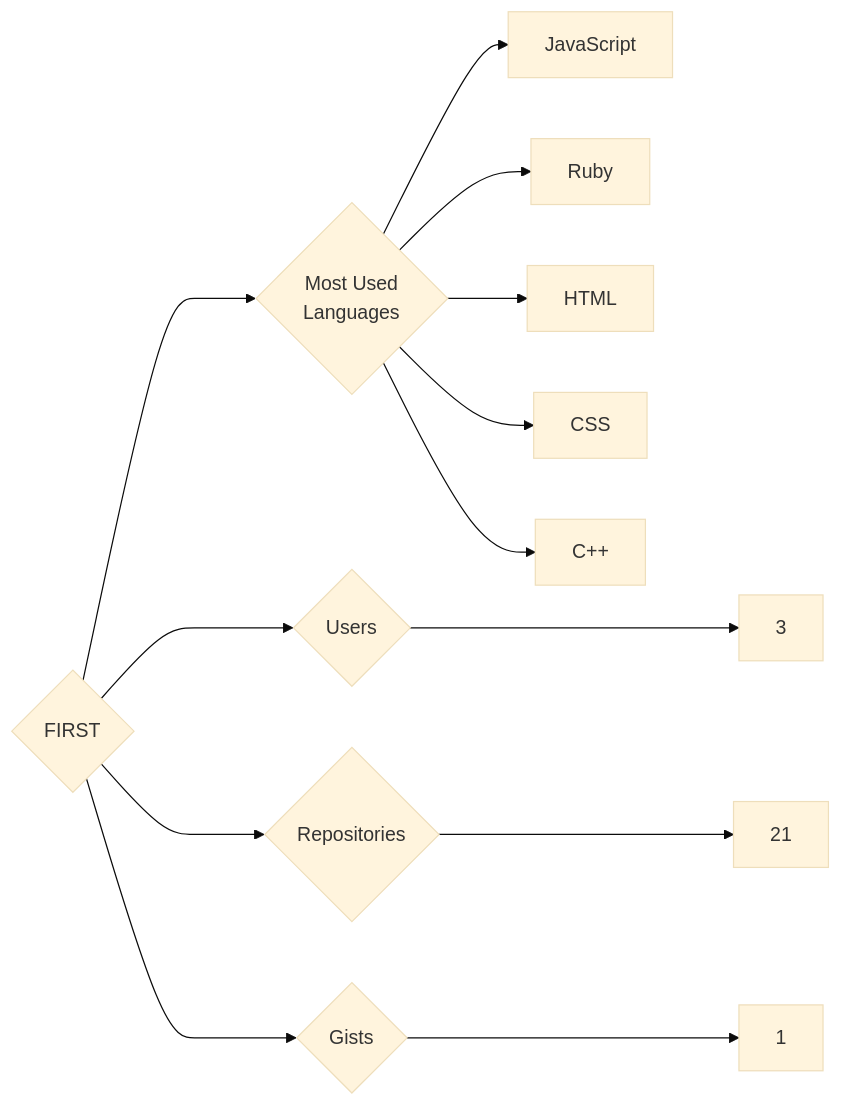
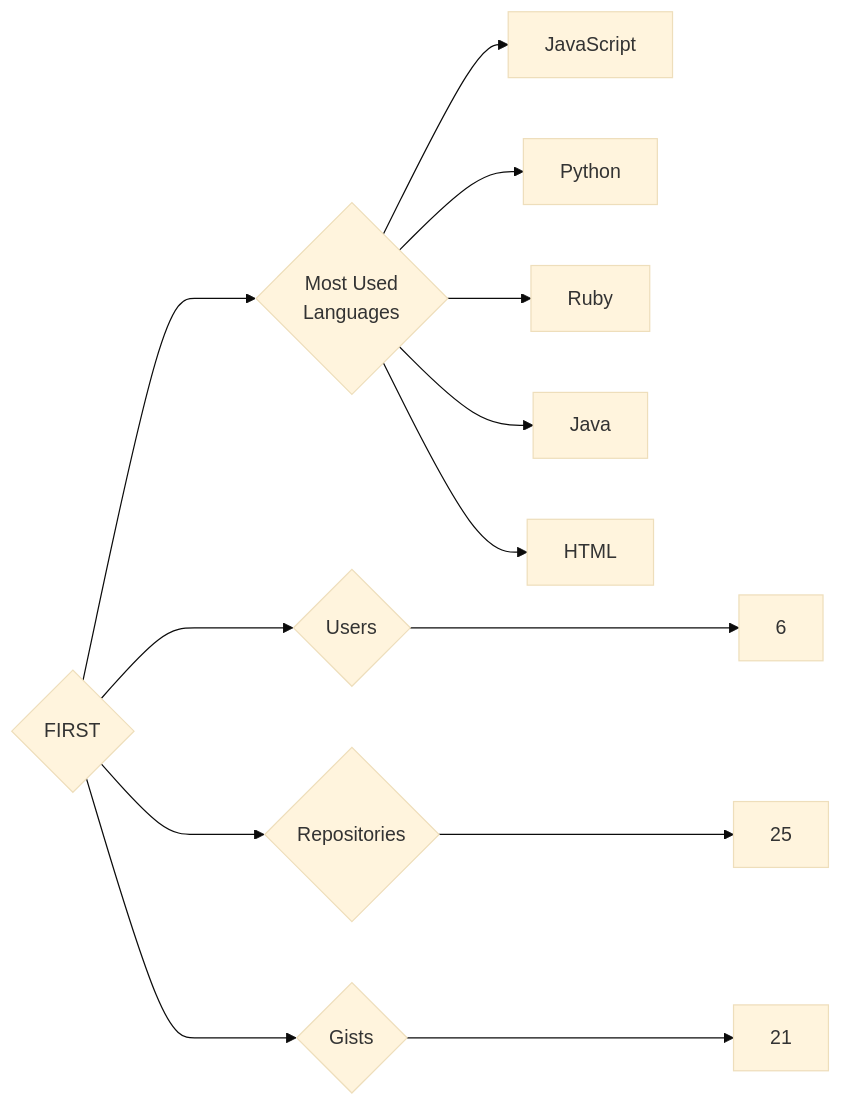
One commit to trickest/insiders changed the diagram in targets/FIRST/README.md. Above: the diagram before and after it, drawn with Mermaid (base theme). The commit also changed 1141 other files, not shown here.

````diff
--- a/targets/FIRST/README.md
+++ b/targets/FIRST/README.md
@@ -3,13 +3,13 @@
 ```mermaid
 graph LR
 COMPANY_NAME{FIRST}
-COMPANY_NAME ---> U{Users} ---> UN[3]
-COMPANY_NAME ---> R{Repositories} ---> RN[21]
-COMPANY_NAME ---> G{Gists} ---> GN[1]
+COMPANY_NAME ---> U{Users} ---> UN[6]
+COMPANY_NAME ---> R{Repositories} ---> RN[25]
+COMPANY_NAME ---> G{Gists} ---> GN[21]
 COMPANY_NAME ---> ML{Most Used<br>Languages}
 ML --> JavaScript[JavaScript]
+ML --> Python[Python]
 ML --> Ruby[Ruby]
+ML --> Java[Java]
 ML --> HTML[HTML]
-ML --> CSS[CSS]
-ML --> C++[C++]
 ```
````
